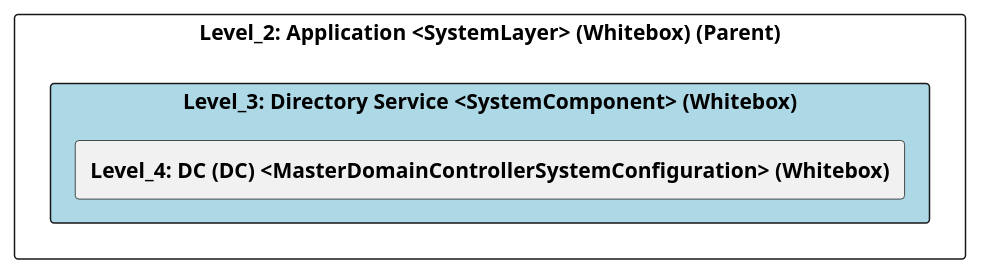
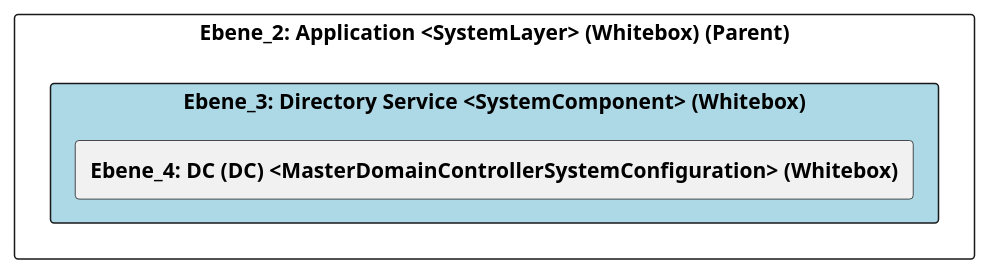
The diagram in src/cleon.architecturemethods.arc42.sample/doc/cleon_architecturemethods_arc42_sample_system/adoc/de/05_bausteinsicht/ikt/application/directory_service/ebene_3_directory service.adoc (marcozwyssig/cleon), drawn with PlantUML before and after one commit. The commit also changed other lines of this file and 148 other files, not shown here.

```diff
--- a/src/cleon.architecturemethods.arc42.sample/doc/cleon_architecturemethods_arc42_sample_system/adoc/de/05_bausteinsicht/ikt/application/directory_service/ebene_3_directory service.adoc
+++ b/src/cleon.architecturemethods.arc42.sample/doc/cleon_architecturemethods_arc42_sample_system/adoc/de/05_bausteinsicht/ikt/application/directory_service/ebene_3_directory service.adoc
@@ -24,24 +24,24 @@
-[plantuml, Level_3: Directory Service <SystemComponent> (Whitebox)BlockOverview, format="svg"]
+[plantuml, Ebene_3: Directory Service <SystemComponent> (Whitebox)BlockOverview, format="svg"]
 ----
-@startuml Level_3: Directory Service <SystemComponent> (Whitebox)BuildingBlockOverview
+@startuml Ebene_3: Directory Service <SystemComponent> (Whitebox)BuildingBlockOverview
 
 skinparam ranksep 10
 skinparam componentStyle rectangle
 skinparam shadowing false
 skinparam arrowColor lightblue
 skinparam arrowThickness 1.2
 skinparam rectangle {
   BackgroundColor White
   BorderColor #333
   RoundCorner 10
 }
 top to bottom direction
 
-component "Level_2: Application <SystemLayer> (Whitebox) (Parent)" {
-    component "Level_3: Directory Service <SystemComponent> (Whitebox)" #lightblue {
-        [**Level_4: DC (DC) <MasterDomainControllerSystemConfiguration> (Whitebox)**] as 8C664CF7_219A_11F0_83AE_DF5418A109A4
+component "Ebene_2: Application <SystemLayer> (Whitebox) (Parent)" {
+    component "Ebene_3: Directory Service <SystemComponent> (Whitebox)" #lightblue {
+        [**Ebene_4: DC (DC) <MasterDomainControllerSystemConfiguration> (Whitebox)**] as 8C664CF7_219A_11F0_83AE_DF5418A109A4
     }
 }
 
 @enduml
 ----
```
